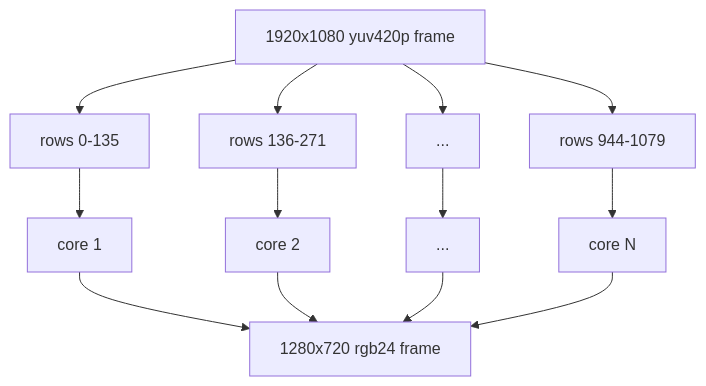
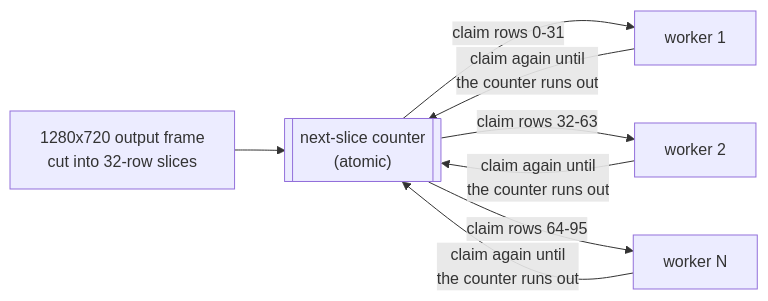
One commit to sami5436/lanecast changed the second of 5 diagrams in README.md. Above: the diagram before and after it, drawn with Mermaid. The commit also changed other lines of this file, not shown here.

Commit message:
README: slices are claimed dynamically, writes take a few calls per frame

````diff
--- a/README.md
+++ b/README.md
@@ -54,9 +56,8 @@
 ```mermaid
-flowchart TB
-    F["1920x1080 yuv420p frame"] --> S1["rows 0-135"] & S2["rows 136-271"] & S3["..."] & S8["rows 944-1079"]
-    S1 --> K1["core 1"]
-    S2 --> K2["core 2"]
-    S3 --> K3["..."]
-    S8 --> K8["core N"]
-    K1 & K2 & K3 & K8 --> D["1280x720 rgb24 frame"]
+flowchart LR
+    F["1280x720 output frame<br/>cut into 32-row slices"] --> C[["next-slice counter<br/>(atomic)"]]
+    C -->|"claim rows 0-31"| K1["worker 1"]
+    C -->|"claim rows 32-63"| K2["worker 2"]
+    C -->|"claim rows 64-95"| K3["worker N"]
+    K1 & K2 & K3 -->|"claim again until<br/>the counter runs out"| C
 ```
````
